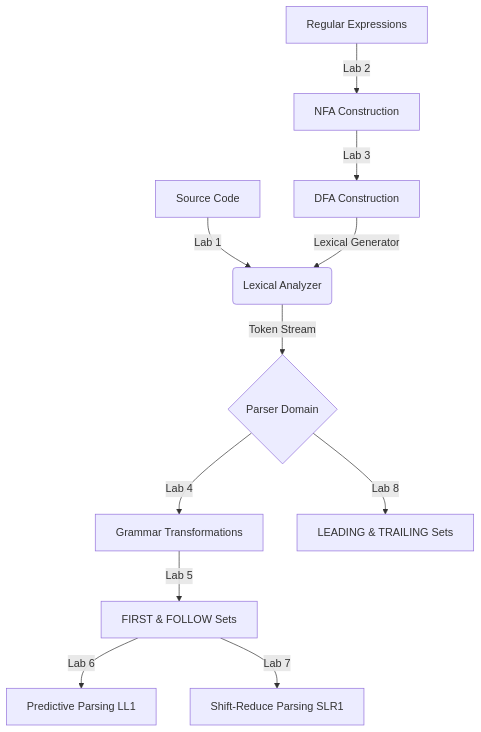
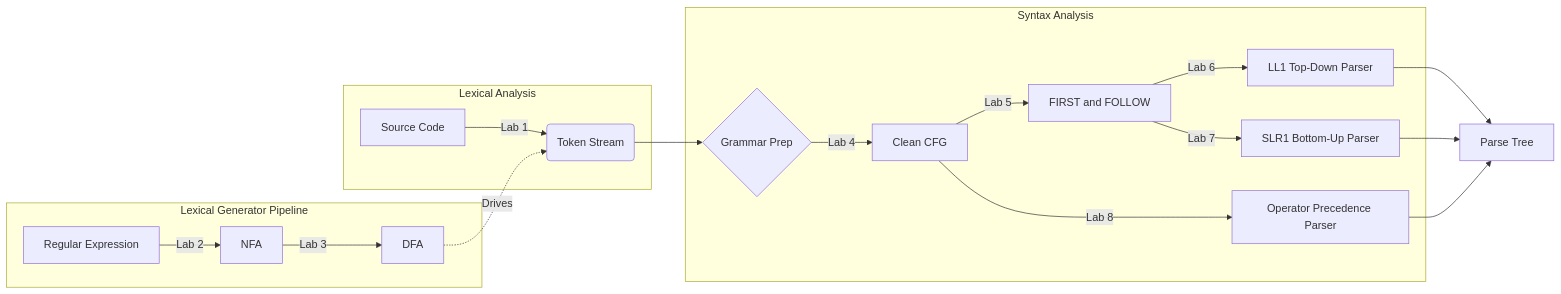
Before and after one commit to ShivamKSah/ShivamKSah-Compiler-Design-Lab: diagram 14 of 14 in README.md, drawn with Mermaid. The commit also changed other lines of this file, not shown here.

Commit message:
docs: enhance README with genuine Mermaid flowcharts for all 8 labs

````diff
--- a/README.md
+++ b/README.md
@@ -174,16 +545,25 @@
 ```mermaid
-graph TD
-    A[Source Code] -->|Lab 1| B(Lexical Analyzer)
-    B -->|Token Stream| C{Parser Domain}
-    
-    C -->|Lab 4| D[Grammar Transformations]
-    D -->|Lab 5| E[FIRST & FOLLOW Sets]
-    E -->|Lab 6| F[Predictive Parsing LL1]
-    E -->|Lab 7| G[Shift-Reduce Parsing SLR1]
-    
-    C -->|Lab 8| H[LEADING & TRAILING Sets]
-    
-    I[Regular Expressions] -->|Lab 2| J[NFA Construction]
-    J -->|Lab 3| K[DFA Construction]
-    K -->|Lexical Generator| B
+graph LR
+    subgraph "Lexical Analysis"
+        A[Source Code] -->|Lab 1| B(Token Stream)
+    end
+
+    subgraph "Lexical Generator Pipeline"
+        C[Regular Expression] -->|Lab 2| D[NFA]
+        D -->|Lab 3| E[DFA]
+        E -.->|Drives| B
+    end
+
+    subgraph "Syntax Analysis"
+        B --> F{Grammar Prep}
+        F -->|Lab 4| G[Clean CFG]
+        G -->|Lab 5| H[FIRST and FOLLOW]
+        H -->|Lab 6| I[LL1 Top-Down Parser]
+        H -->|Lab 7| J[SLR1 Bottom-Up Parser]
+        G -->|Lab 8| K[Operator Precedence Parser]
+    end
+
+    I --> L[Parse Tree]
+    J --> L
+    K --> L
 ```
````
